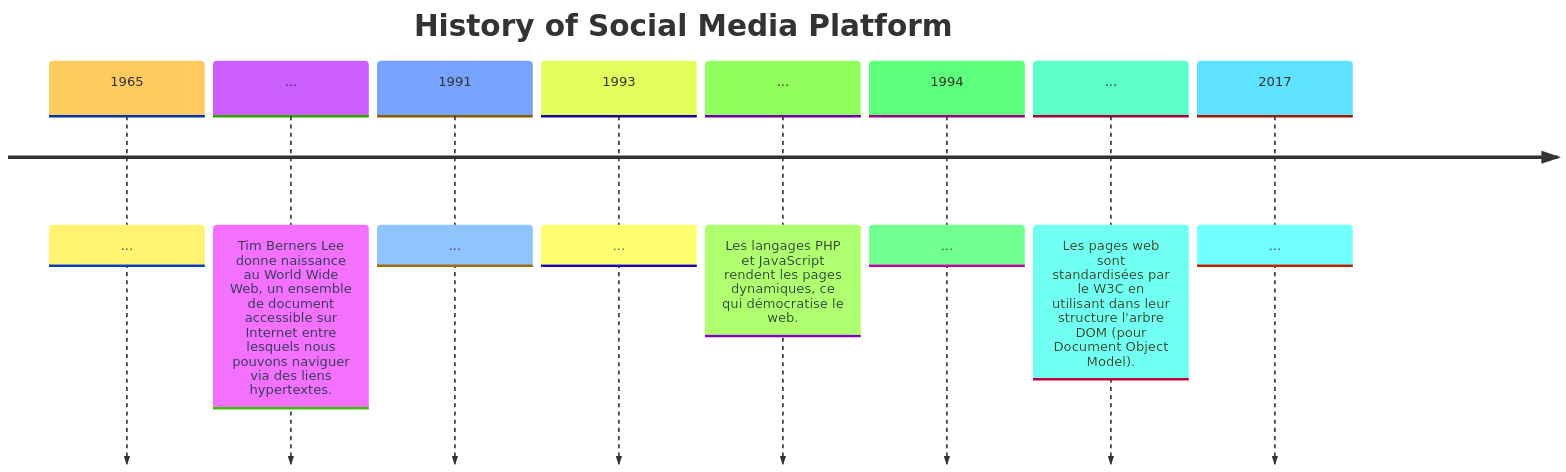
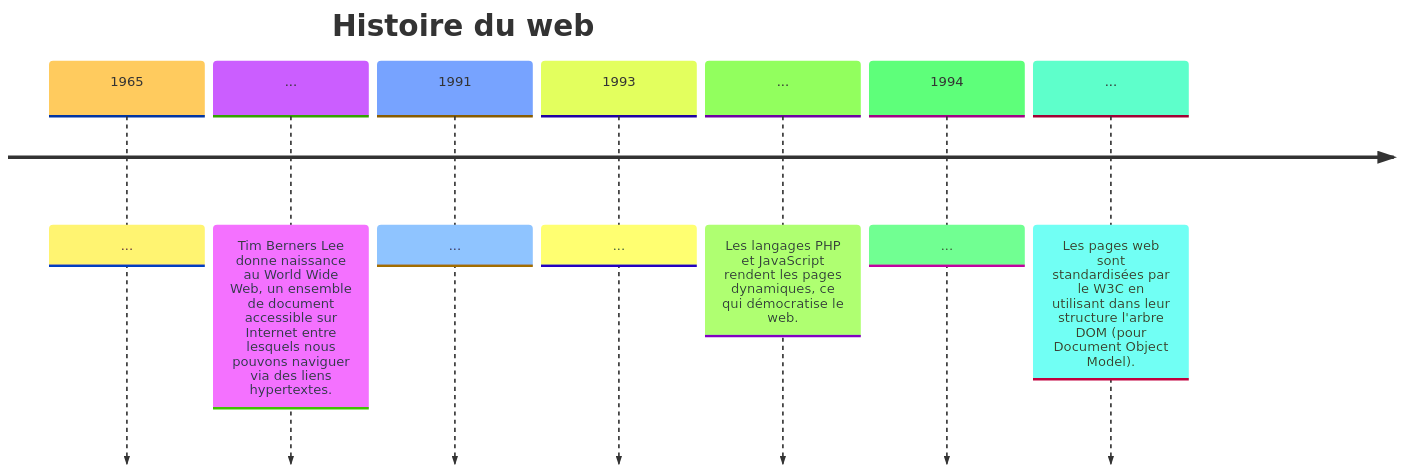
One commit to boddaert/snt changed the diagram in seconde/Web/Reperes_historiques.md. Above: the diagram before and after it, drawn with Mermaid.

````diff
--- a/seconde/Web/Reperes_historiques.md
+++ b/seconde/Web/Reperes_historiques.md
@@ -13,13 +13,12 @@
 ```mermaid
 %%{init: { 'logLevel': 'debug', 'theme': 'base' } }%%
     timeline
-        title History of Social Media Platform
+        title Histoire du web
           1965 : ...
           ... : Tim Berners Lee donne naissance au World Wide Web, un ensemble de document accessible sur Internet entre lesquels nous pouvons naviguer via des liens hypertextes.
           1991 : ...
           1993 : ...
           ... : Les langages PHP et JavaScript rendent les pages dynamiques, ce qui démocratise le web.
           1994 : ...
           ... : Les pages web sont standardisées par le W3C en utilisant dans leur structure l'arbre DOM (pour Document Object Model).
-          2017 : ...
 ```
````
